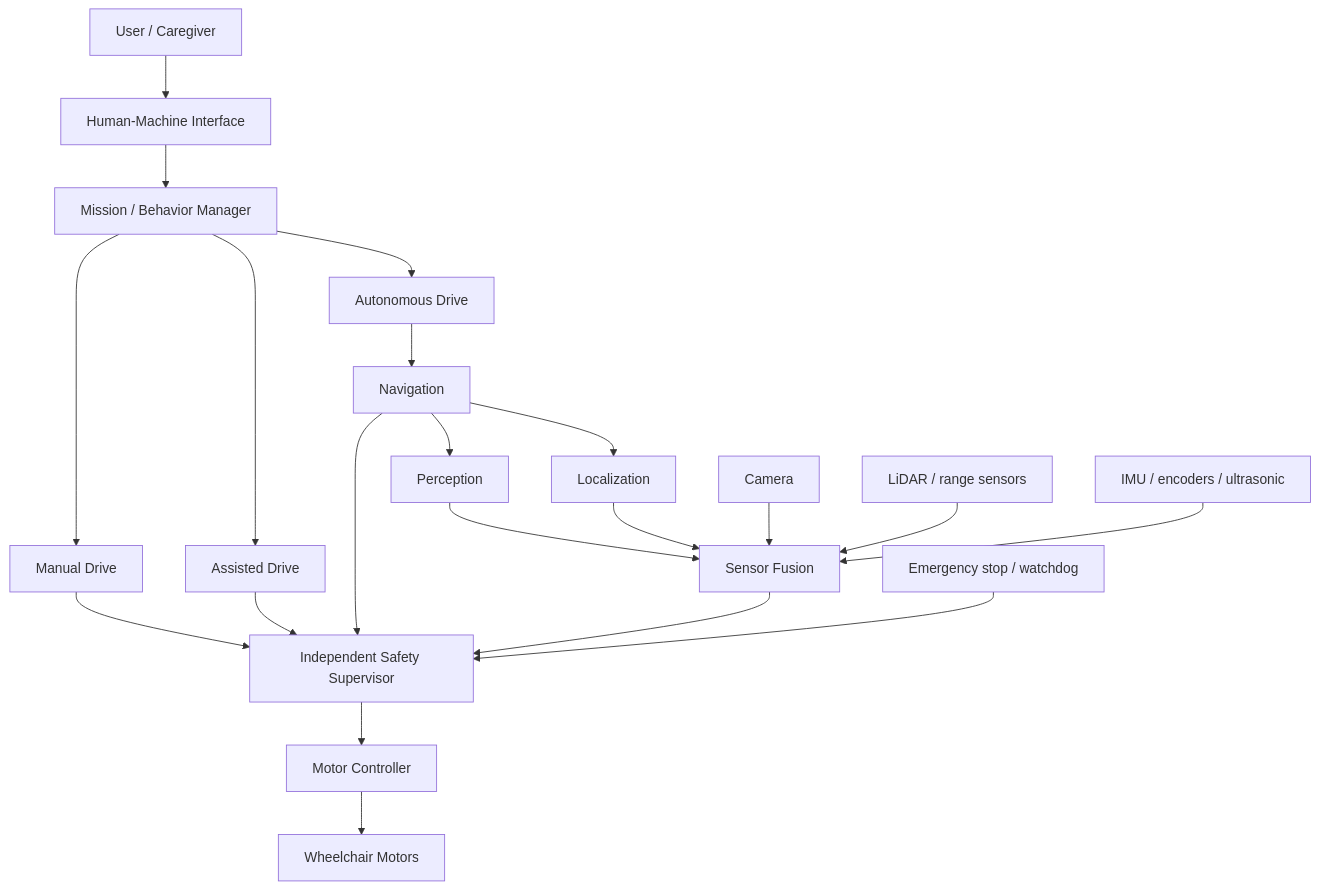
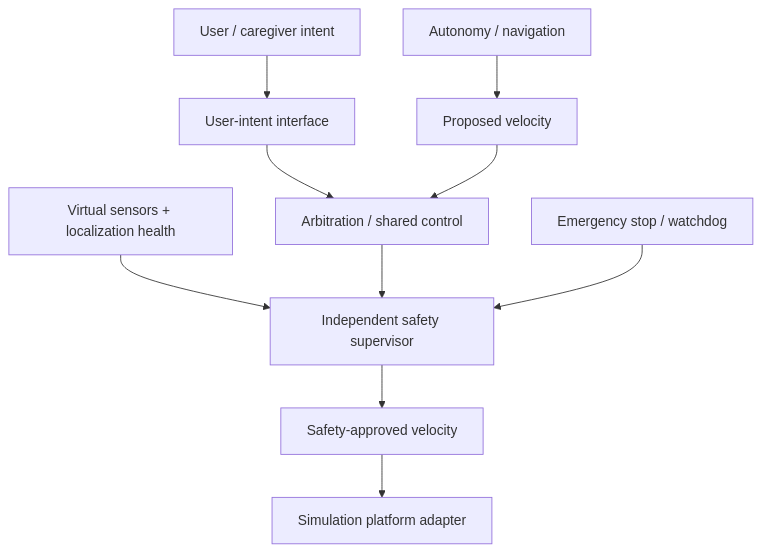
Before and after one commit to vinodkumar1947/CAREC-Project: the diagram in README.md, drawn with Mermaid. The commit also changed other lines of this file and 96 other files, not shown here.

First line of the commit message:
chore: reset CAREC to simulation-first ROS 2 autonomy stack

````diff
--- a/README.md
+++ b/README.md
@@ -34,19 +13,12 @@
 ```mermaid
 flowchart TD
-  U["User / Caregiver"] --> H["Human-Machine Interface"] --> B["Mission / Behavior Manager"]
-  B --> M["Manual Drive"]
-  B --> A["Assisted Drive"]
-  B --> D["Autonomous Drive"] --> N["Navigation"]
-  N --> P["Perception"]
-  N --> L["Localization"]
-  P --> F["Sensor Fusion"]
-  L --> F
-  C["Camera"] --> F
-  R["LiDAR / range sensors"] --> F
-  I["IMU / encoders / ultrasonic"] --> F
-  M --> SS["Independent Safety Supervisor"]
-  A --> SS
-  N --> SS
-  F --> SS --> MC["Motor Controller"] --> W["Wheelchair Motors"]
+  U["User / caregiver intent"] --> UI["User-intent interface"]
+  A["Autonomy / navigation"] --> PV["Proposed velocity"]
+  UI --> ARB["Arbitration / shared control"]
+  PV --> ARB
+  S["Virtual sensors + localization health"] --> SS["Independent safety supervisor"]
+  ARB --> SS
   E["Emergency stop / watchdog"] --> SS
+  SS --> SV["Safety-approved velocity"]
+  SV --> SIM["Simulation platform adapter"]
 ```
````
